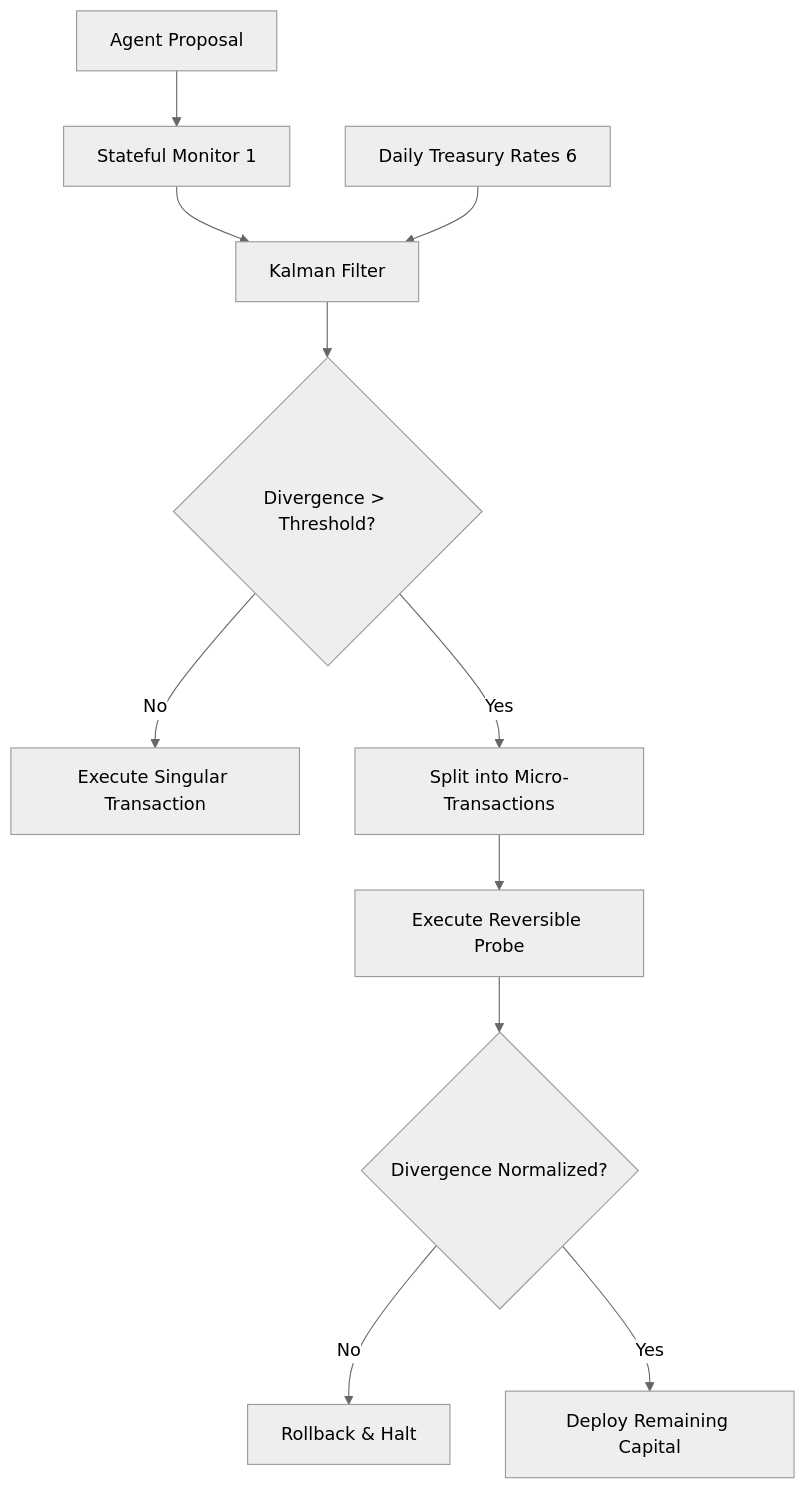
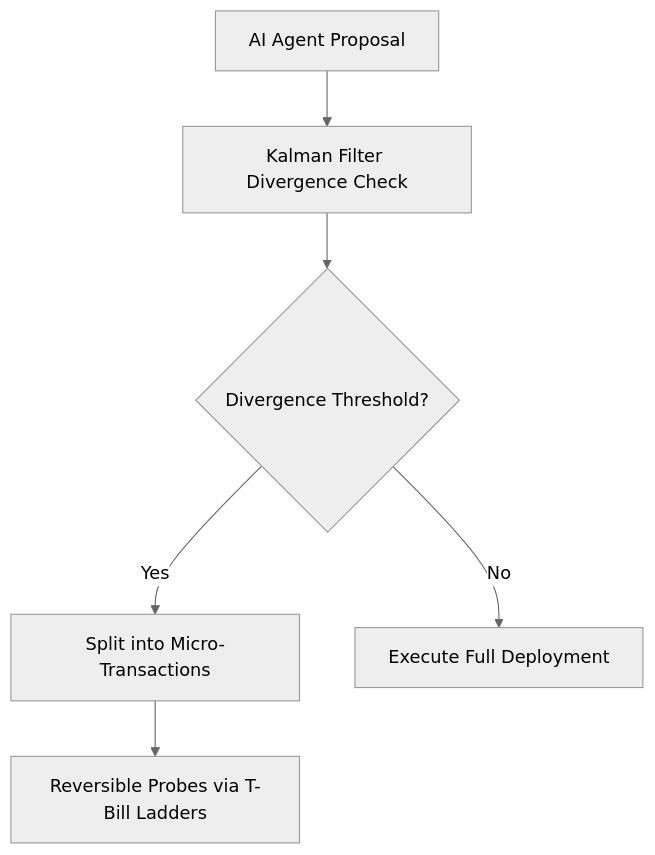
The diagram in inventions/inv_kalman_gated_treasury_micro_deployment_agent_b2a90.md (shawnhvac/agentworld-prior-art), drawn with Mermaid (neutral theme) before and after one commit. The commit also changed other lines of this file and 107 other files, not shown here.

````diff
--- a/inventions/inv_kalman_gated_treasury_micro_deployment_agent_b2a90.md
+++ b/inventions/inv_kalman_gated_treasury_micro_deployment_agent_b2a90.md
@@ -47,13 +47,8 @@
 ```mermaid
-flowchart TD
-    A[Agent Proposal] --> B[Stateful Monitor 1]
-    B --> C[Kalman Filter]
-    D[Daily Treasury Rates 6] --> C
-    C --> E{Divergence > Threshold?}
-    E -->|No| F[Execute Singular Transaction]
-    E -->|Yes| G[Split into Micro-Transactions]
-    G --> H[Execute Reversible Probe]
-    H --> I{Divergence Normalized?}
-    I -->|No| J[Rollback & Halt]
-    I -->|Yes| K[Deploy Remaining Capital]
+graph TD
+A[AI Agent Proposal] --> B[Kalman Filter Divergence Check]
+B --> C{Divergence Threshold?}
+C -->|Yes| D[Split into Micro-Transactions]
+C -->|No| E[Execute Full Deployment]
+D --> F[Reversible Probes via T-Bill Ladders]
 ```
````
